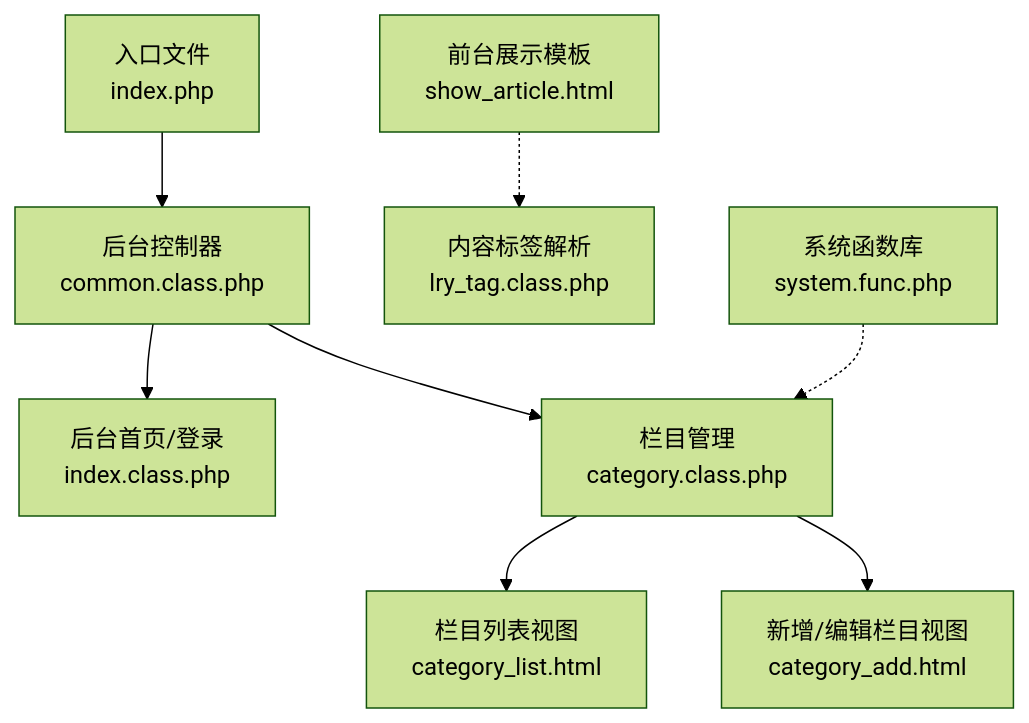
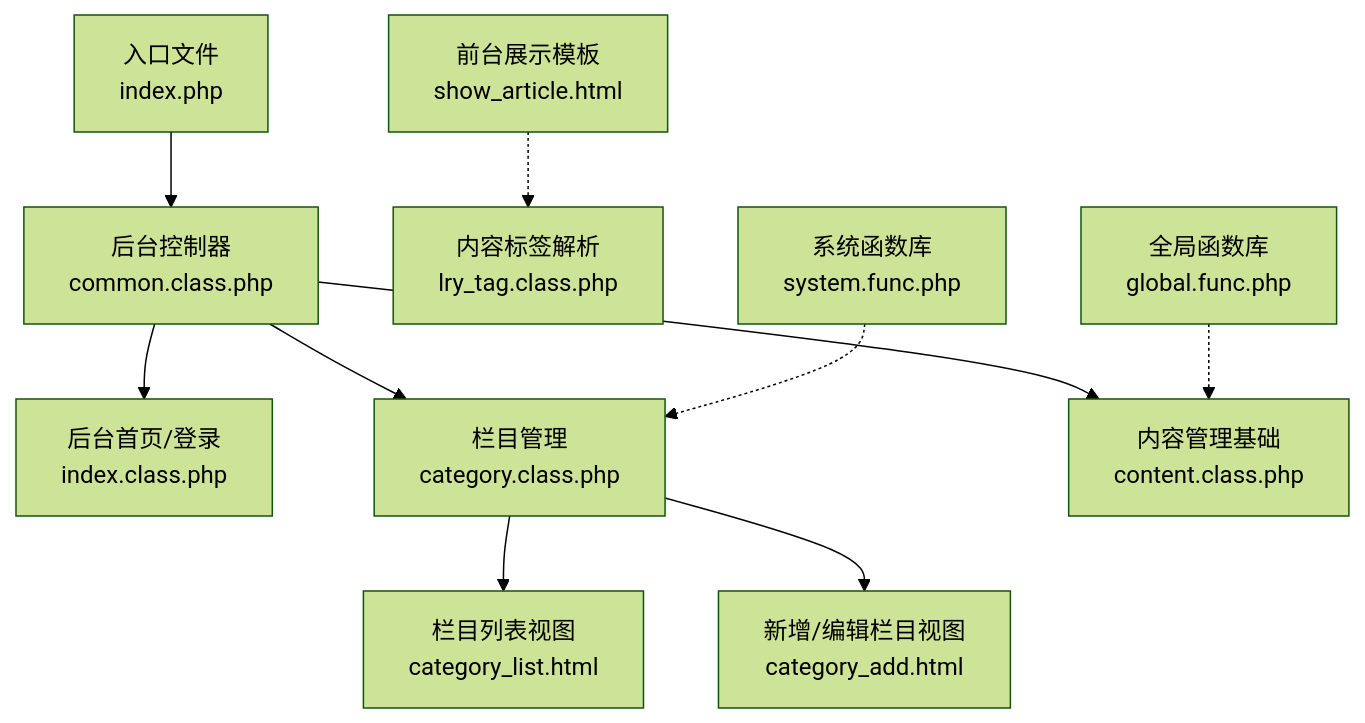
Before and after one commit to lirongyaoper/lryblog.com: the first of 11 diagrams in .qoder/repowiki/zh/content/后台管理模块/文章管理/文章管理.md, drawn with Mermaid (forest theme). The commit also changed other lines of this file and 4 other files, not shown here.

````diff
--- a/.qoder/repowiki/zh/content/后台管理模块/文章管理/文章管理.md
+++ b/.qoder/repowiki/zh/content/后台管理模块/文章管理/文章管理.md
@@ -35,10 +46,12 @@
 ```mermaid
 graph TB
 A["入口文件<br/>index.php"] --> B["后台控制器<br/>common.class.php"]
 B --> C["后台首页/登录<br/>index.class.php"]
 B --> D["栏目管理<br/>category.class.php"]
+B --> K["内容管理基础<br/>content.class.php"]
 D --> E["栏目列表视图<br/>category_list.html"]
 D --> F["新增/编辑栏目视图<br/>category_add.html"]
 G["前台展示模板<br/>show_article.html"] -.-> H["内容标签解析<br/>lry_tag.class.php"]
 I["系统函数库<br/>system.func.php"] -.-> D
+J["全局函数库<br/>global.func.php"] -.-> K
 ```
````
